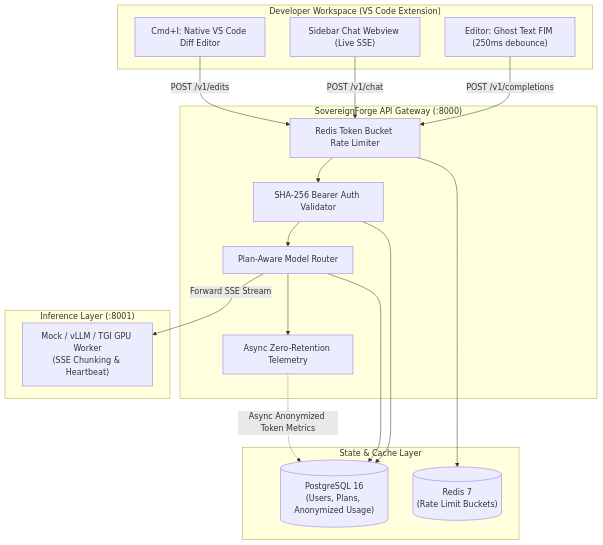
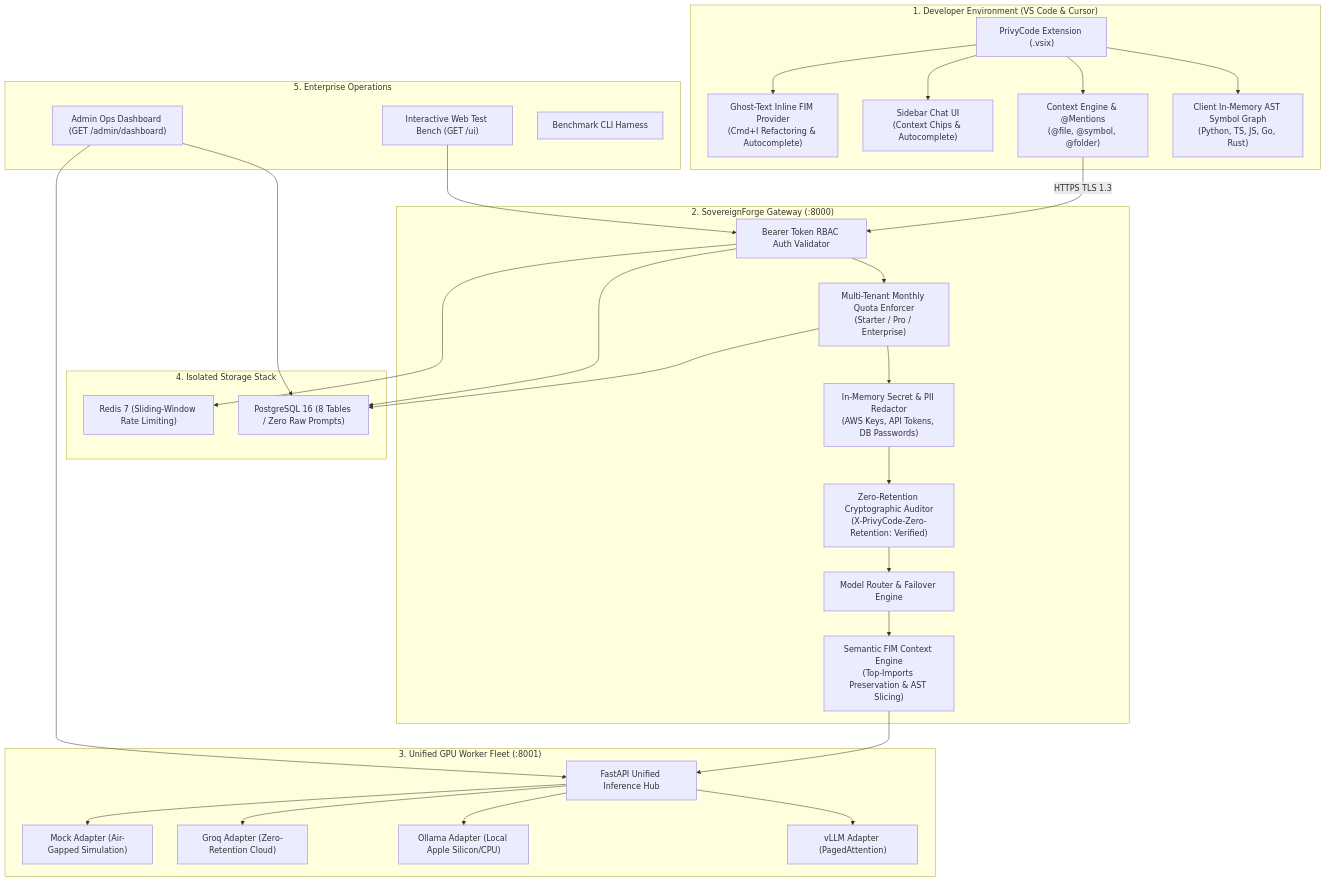
Before and after one commit to chan4kum/privycode: the diagram in README.md, drawn with Mermaid. The commit also changed other lines of this file, not shown here.

Commit message:
docs: update README with comprehensive full-stack architecture, Helm deployment, extension install guide, and benchmark tables

````diff
--- a/README.md
+++ b/README.md
@@ -29,37 +24,64 @@
 ```mermaid
 flowchart TD
-    subgraph Client ["Developer Workspace (VS Code Extension)"]
-        IDE["Editor: Ghost Text FIM (250ms debounce)"]
-        ChatUI["Sidebar Chat Webview (Live SSE)"]
-        DiffUI["Cmd+I: Native VS Code Diff Editor"]
+    subgraph ClientLayer ["1. Developer Environment (VS Code & Cursor)"]
+        PrivyCodeExt["PrivyCode Extension (.vsix)"]
+        SymbolGraph["Client In-Memory AST Symbol Graph\n(Python, TS, JS, Go, Rust)"]
+        ContextEngine["Context Engine & @Mentions\n(@file, @symbol, @folder)"]
+        ChatWebview["Sidebar Chat UI\n(Context Chips & Autocomplete)"]
+        FIMProvider["Ghost-Text Inline FIM Provider\n(Cmd+I Refactoring & Autocomplete)"]
     end
 
-    subgraph Gateway ["SovereignForge API Gateway (:8000)"]
-        Auth["SHA-256 Bearer Auth Validator"]
-        RateLimiter["Redis Token Bucket Rate Limiter"]
-        Router["Plan-Aware Model Router"]
-        Telemetry["Async Zero-Retention Telemetry"]
+    subgraph ControlPlane ["2. SovereignForge Gateway (:8000)"]
+        AuthMiddleware["Bearer Token RBAC Auth Validator"]
+        TierEnforcer["Multi-Tenant Monthly Quota Enforcer\n(Starter / Pro / Enterprise)"]
+        SecretRedactor["In-Memory Secret & PII Redactor\n(AWS Keys, API Tokens, DB Passwords)"]
+        ZeroRetentionAudit["Zero-Retention Cryptographic Auditor\n(X-PrivyCode-Zero-Retention: Verified)"]
+        Router["Model Router & Failover Engine"]
+        FIMContextEngine["Semantic FIM Context Engine\n(Top-Imports Preservation & AST Slicing)"]
     end
 
-    subgraph State ["State & Cache Layer"]
-        PG[("PostgreSQL 16\n(Users, Plans, Anonymized Usage)")]
-        Redis[("Redis 7\n(Rate Limit Buckets)")]
+    subgraph InferenceFleet ["3. Unified GPU Worker Fleet (:8001)"]
+        WorkerHub["FastAPI Unified Inference Hub"]
+        vLLM["vLLM Adapter (PagedAttention)"]
+        Ollama["Ollama Adapter (Local Apple Silicon/CPU)"]
+        Groq["Groq Adapter (Zero-Retention Cloud)"]
+        Mock["Mock Adapter (Air-Gapped Simulation)"]
     end
 
-    subgraph Workers ["Inference Layer (:8001)"]
-        MockWorker["Mock / vLLM / TGI GPU Worker\n(SSE Chunking & Heartbeat)"]
+    subgraph Persistence ["4. Isolated Storage Stack"]
+        Postgres["PostgreSQL 16 (8 Tables / Zero Raw Prompts)"]
+        Redis["Redis 7 (Sliding-Window Rate Limiting)"]
     end
 
-    IDE -- "POST /v1/completions" --> RateLimiter
-    ChatUI -- "POST /v1/chat" --> RateLimiter
-    DiffUI -- "POST /v1/edits" --> RateLimiter
+    subgraph Observability ["5. Enterprise Operations"]
+        AdminDashboard["Admin Ops Dashboard (GET /admin/dashboard)"]
+        TestBench["Interactive Web Test Bench (GET /ui)"]
+        BenchmarkCLI["Benchmark CLI Harness"]
+    end
 
-    RateLimiter --> Auth
-    Auth --> PG
-    RateLimiter --> Redis
-    Auth --> Router
-    Router --> PG
-    Router -- "Forward SSE Stream" --> MockWorker
-    Router --> Telemetry
-    Telemetry -. "Async Anonymized Token Metrics" .-> PG
+    PrivyCodeExt --> SymbolGraph
+    PrivyCodeExt --> ContextEngine
+    PrivyCodeExt --> ChatWebview
+    PrivyCodeExt --> FIMProvider
+
+    ContextEngine -- "HTTPS TLS 1.3" --> AuthMiddleware
+    AuthMiddleware --> TierEnforcer
+    TierEnforcer --> SecretRedactor
+    SecretRedactor --> ZeroRetentionAudit
+    ZeroRetentionAudit --> Router
+    Router --> FIMContextEngine
+    FIMContextEngine --> WorkerHub
+
+    WorkerHub --> vLLM
+    WorkerHub --> Ollama
+    WorkerHub --> Groq
+    WorkerHub --> Mock
+
+    AuthMiddleware --> Postgres
+    TierEnforcer --> Postgres
+    AuthMiddleware --> Redis
+
+    AdminDashboard --> Postgres
+    AdminDashboard --> WorkerHub
+    TestBench --> AuthMiddleware
 ```
````
